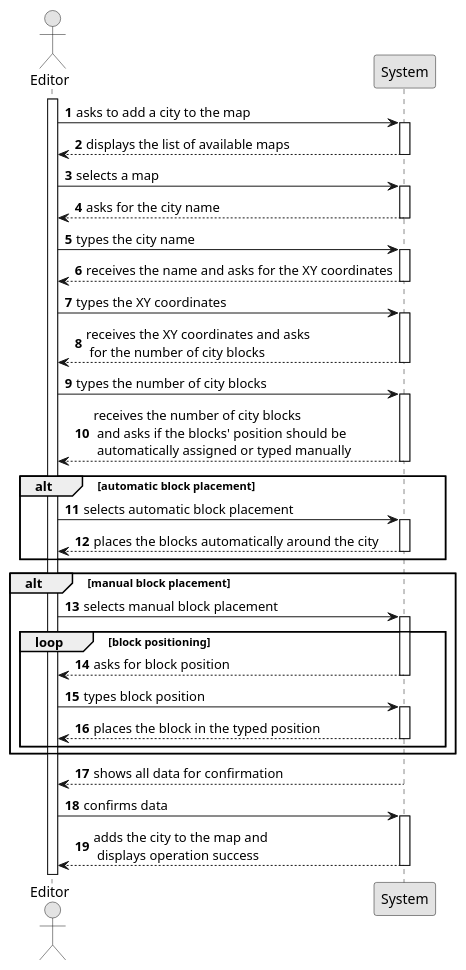
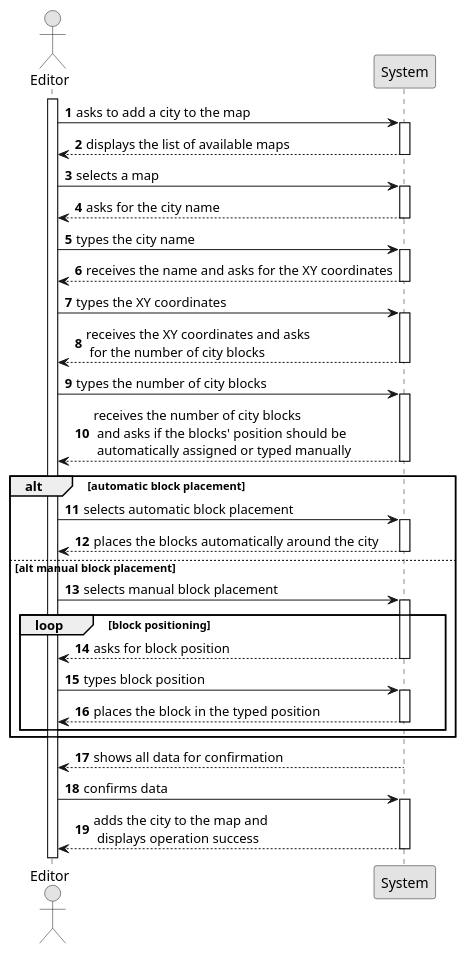
Before and after one commit to 1240935/pi2-railway-simulator: the diagram in Sprint2/US003/01.requirements-engineering/puml/US003-SSD.puml, drawn with PlantUML. The commit also changed 24 other files, not shown here.

```diff
--- a/Sprint2/US003/01.requirements-engineering/puml/US003-SSD.puml
+++ b/Sprint2/US003/01.requirements-engineering/puml/US003-SSD.puml
@@ -1,80 +1,78 @@
 @startuml
 skinparam monochrome true
 skinparam packageStyle rectangle
 skinparam shadowing false
 
 autonumber
 
 actor "Editor" as Employee
 participant "System" as System
 
 activate Employee
 
     Employee -> System : asks to add a city to the map
     activate System
 
         System --> Employee : displays the list of available maps
             deactivate System
 
     Employee -> System : selects a map
     activate System
 
         System --> Employee : asks for the city name
     deactivate
 
      Employee -> System : types the city name
         activate System
 
     System --> Employee : receives the name and asks for the XY coordinates
     deactivate System
 
     Employee -> System: types the XY coordinates
     activate System
 
     System --> Employee : receives the XY coordinates and asks \n for the number of city blocks
     deactivate System
 
     Employee -> System : types the number of city blocks
     activate System
 
     System --> Employee : receives the number of city blocks \n and asks if the blocks' position should be \n automatically assigned or typed manually
     deactivate System
 
     alt automatic block placement
 
     Employee -> System : selects automatic block placement
     activate System
 
     System --> Employee : places the blocks automatically around the city
     deactivate System
 
-    end alt
-
-    alt manual block placement
+    else alt manual block placement
 
     Employee -> System : selects manual block placement
     activate System
 
     loop block positioning
 
     System --> Employee: asks for block position
     deactivate System
 
     Employee -> System : types block position
     activate System
 
     System --> Employee : places the block in the typed position
     deactivate System
 
     end loop
 
     end alt
 
     System --> Employee : shows all data for confirmation
 
     Employee -> System : confirms data
     activate System
 
         System --> Employee : adds the city to the map and \n displays operation success
     deactivate System
 @enduml
```
